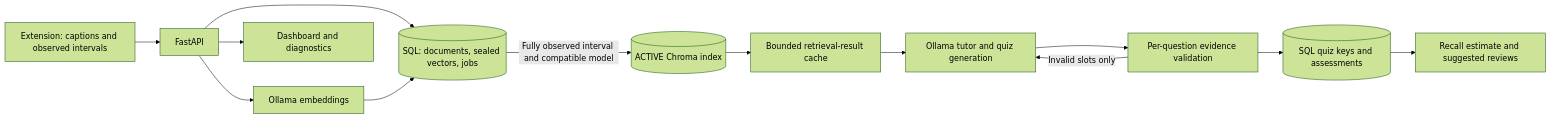
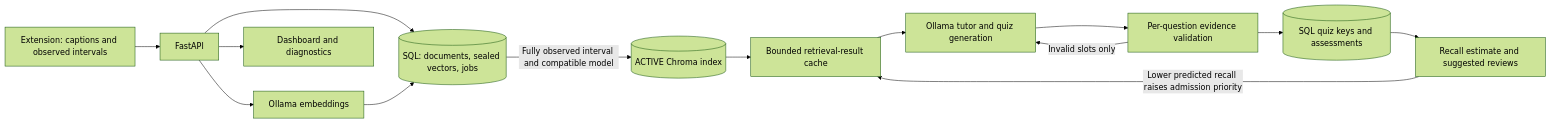
Before and after one commit to devatmanpal17/idp_project: the first of 2 diagrams in patent/02_ARCHITECTURE_AND_SECURITY.md, drawn with Mermaid (forest theme). The commit also changed other lines of this file and 22 other files, not shown here.

````diff
--- a/patent/02_ARCHITECTURE_AND_SECURITY.md
+++ b/patent/02_ARCHITECTURE_AND_SECURITY.md
@@ -5,15 +5,16 @@
 ```mermaid
 flowchart LR
     Browser[Extension: captions and observed intervals] --> API[FastAPI]
     API --> Ledger[(SQL: documents, sealed vectors, jobs)]
     API --> Embed[Ollama embeddings]
     Embed --> Ledger
     Ledger -->|Fully observed interval and compatible model| Active[(ACTIVE Chroma index)]
     Active --> Cache[Bounded retrieval-result cache]
     Cache --> Tutor[Ollama tutor and quiz generation]
     Tutor --> Validate[Per-question evidence validation]
     Validate -->|Invalid slots only| Tutor
     Validate --> Quiz[(SQL quiz keys and assessments)]
     Quiz --> Recall[Recall estimate and suggested reviews]
+    Recall -->|Lower predicted recall raises admission priority| Cache
     API --> Dashboard[Dashboard and diagnostics]
 ```
````
